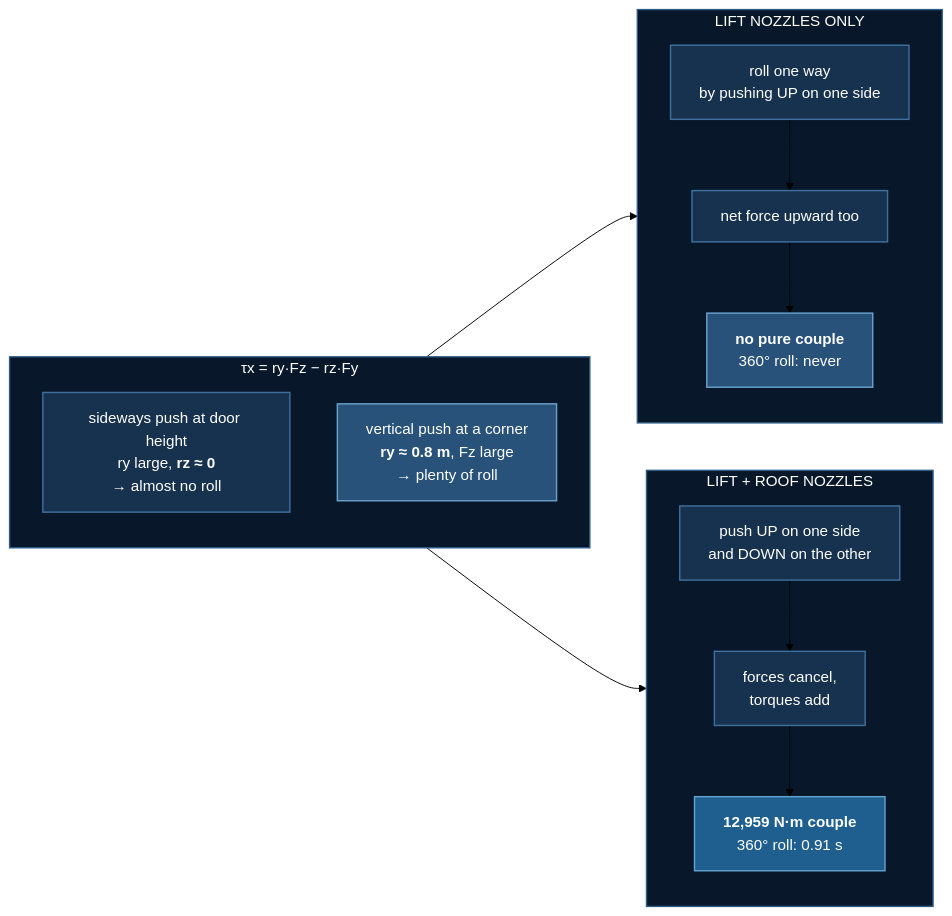
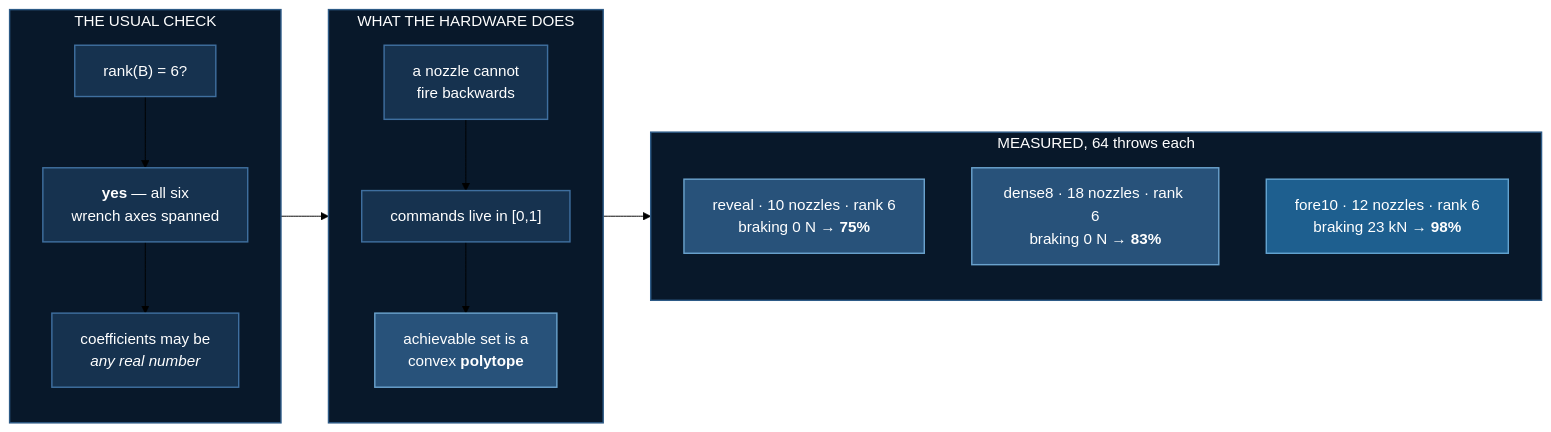
Before and after one commit to yiqiao-yin/deepspeed-course: the diagram in docusaurus-docs/docs/tutorials/aerial/aerial-stabilization.md, drawn with Mermaid (forest theme). The commit also changed other lines of this file and 20 other files, not shown here.

````diff
--- a/docusaurus-docs/docs/tutorials/aerial/aerial-stabilization.md
+++ b/docusaurus-docs/docs/tutorials/aerial/aerial-stabilization.md
@@ -155,35 +245,35 @@
 ```mermaid
 flowchart LR
-  subgraph GEO["τx = ry·Fz − rz·Fy"]
+  subgraph ASK["THE USUAL CHECK"]
     direction TB
-    g1["sideways push at door height<br/>ry large, <b>rz ≈ 0</b><br/>→ almost no roll"]
-    g2["vertical push at a corner<br/><b>ry ≈ 0.8 m</b>, Fz large<br/>→ plenty of roll"]
-  end
-  subgraph LIFT["LIFT NOZZLES ONLY"]
-    direction TB
-    a1["roll one way<br/>by pushing UP on one side"]
-    a2["net force upward too"]
-    a3["<b>no pure couple</b><br/>360° roll: never"]
+    a1["rank(B) = 6?"]
+    a2["<b>yes</b> — all six<br/>wrench axes spanned"]
+    a3["coefficients may be<br/><i>any real number</i>"]
     a1 --> a2 --> a3
   end
-  subgraph BOTH["LIFT + ROOF NOZZLES"]
+  subgraph REAL["WHAT THE HARDWARE DOES"]
     direction TB
-    b1["push UP on one side<br/>and DOWN on the other"]
-    b2["forces cancel,<br/>torques add"]
-    b3["<b>12,959 N·m couple</b><br/>360° roll: 0.91 s"]
+    b1["a nozzle cannot<br/>fire backwards"]
+    b2["commands live in [0,1]"]
+    b3["achievable set is a<br/>convex <b>polytope</b>"]
     b1 --> b2 --> b3
   end
-  GEO --> LIFT
-  GEO --> BOTH
+  subgraph OUT["MEASURED, 64 throws each"]
+    direction TB
+    c1["reveal · 10 nozzles · rank 6<br/>braking 0 N → <b>75%</b>"]
+    c2["dense8 · 18 nozzles · rank 6<br/>braking 0 N → <b>83%</b>"]
+    c3["fore10 · 12 nozzles · rank 6<br/>braking 23 kN → <b>98%</b>"]
+  end
+  ASK --> REAL --> OUT
 
   classDef deep   fill:#08182a,stroke:#2d5a86,stroke-width:1.5px,color:#ffffff
   classDef dark   fill:#0a1f33,stroke:#2d5a86,stroke-width:1.5px,color:#ffffff
   classDef base   fill:#16324f,stroke:#3f6f9f,stroke-width:1.5px,color:#ffffff
   classDef bright fill:#1e5f8f,stroke:#63a3d0,stroke-width:1.5px,color:#ffffff
   classDef steel  fill:#28527a,stroke:#6aa2cd,stroke-width:1.5px,color:#ffffff
 
-  class GEO,LIFT,BOTH deep
-  class g1,a1,a2,b1,b2 base
-  class g2,a3 steel
-  class b3 bright
+  class ASK,REAL,OUT deep
+  class a1,a2,a3,b1,b2 base
+  class b3,c1,c2 steel
+  class c3 bright
 ```
````
